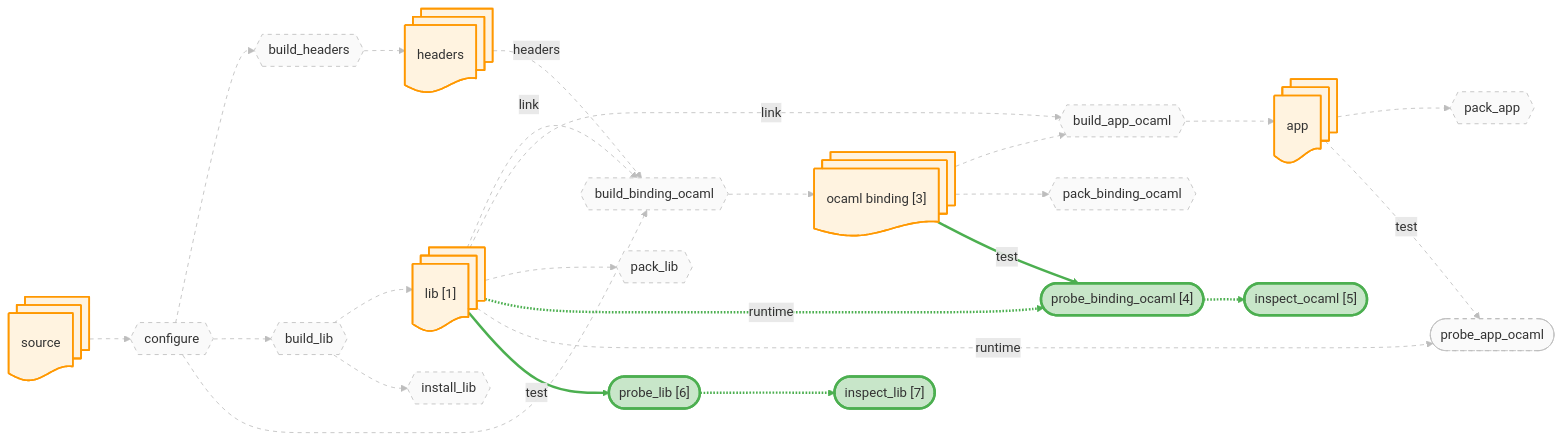
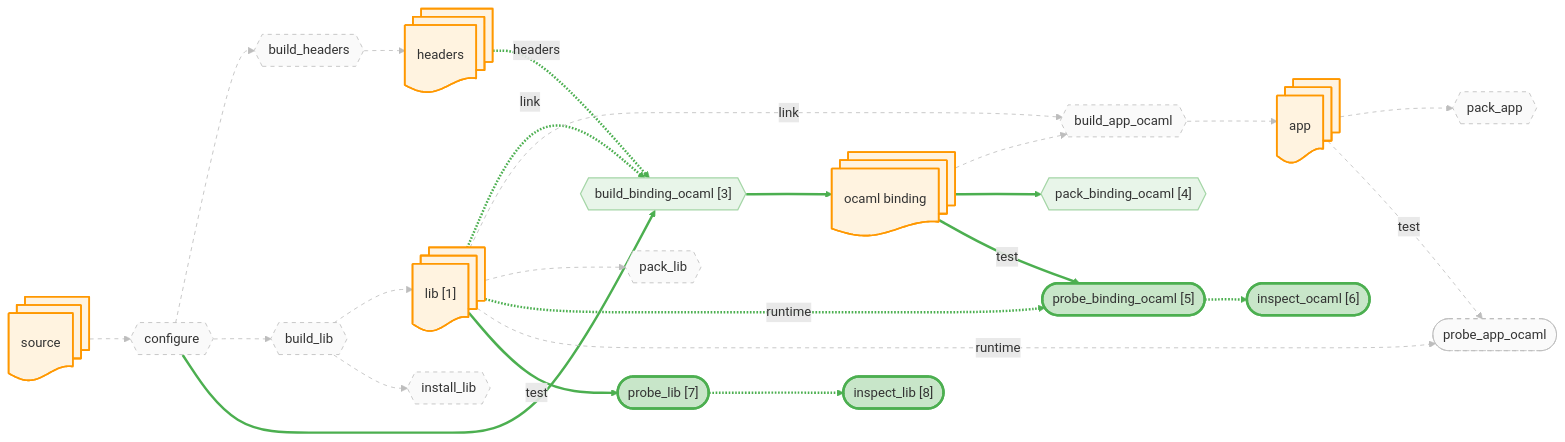
The diagram in docs/canary/projects/zarith/-run/diagrams/probes.mmd (JHU-PL-Lab/tola), drawn with Mermaid before and after one commit. The commit also changed 110 other files, not shown here.

```diff
--- a/docs/canary/projects/zarith/-run/diagrams/probes.mmd
+++ b/docs/canary/projects/zarith/-run/diagrams/probes.mmd
@@ -1,93 +1,93 @@
 %% view: probes
 graph LR
     source_node@{ shape: docs, label: "source" }
     headers_node@{ shape: docs, label: "headers" }
     lib_node@{ shape: docs, label: "lib [1]" }
     app_node@{ shape: docs, label: "app" }
-    ocaml_binding_node@{ shape: docs, label: "ocaml binding [3]" }
+    ocaml_binding_node@{ shape: docs, label: "ocaml binding" }
 
     A_configure{{"configure"}}
     A_build_headers{{"build_headers"}}
     A_build_lib{{"build_lib"}}
-    A_build_binding_ocaml{{"build_binding_ocaml"}}
+    A_build_binding_ocaml{{"build_binding_ocaml [3]"}}
     A_build_app_ocaml{{"build_app_ocaml"}}
     A_install_lib{{"install_lib"}}
-    A_pack_binding_ocaml{{"pack_binding_ocaml"}}
+    A_pack_binding_ocaml{{"pack_binding_ocaml [4]"}}
     A_pack_lib{{"pack_lib"}}
     A_pack_app{{"pack_app"}}
-    A_probe_binding_ocaml(["probe_binding_ocaml [4]"])
+    A_probe_binding_ocaml(["probe_binding_ocaml [5]"])
     A_probe_app_ocaml(["probe_app_ocaml"])
-    A_probe_lib(["probe_lib [6]"])
-    A_probe_lib_inspect(["inspect_lib [7]"])
-    A_probe_binding_ocaml_inspect(["inspect_ocaml [5]"])
+    A_probe_lib(["probe_lib [7]"])
+    A_probe_lib_inspect(["inspect_lib [8]"])
+    A_probe_binding_ocaml_inspect(["inspect_ocaml [6]"])
 
     source_node --> A_configure
     A_configure --> A_build_headers
     A_build_headers --> headers_node
     A_configure --> A_build_lib
     A_build_lib --> lib_node
     A_configure --> A_build_binding_ocaml
     headers_node -.->|headers| A_build_binding_ocaml
     lib_node -.->|link| A_build_binding_ocaml
     A_build_binding_ocaml --> ocaml_binding_node
     ocaml_binding_node --> A_build_app_ocaml
     lib_node -.->|link| A_build_app_ocaml
     A_build_app_ocaml --> app_node
     A_build_lib --> A_install_lib
     ocaml_binding_node --> A_pack_binding_ocaml
     lib_node --> A_pack_lib
     app_node --> A_pack_app
     ocaml_binding_node -->|test| A_probe_binding_ocaml
     lib_node -.->|runtime| A_probe_binding_ocaml
     app_node -->|test| A_probe_app_ocaml
     lib_node -.->|runtime| A_probe_app_ocaml
     lib_node -->|test| A_probe_lib
     A_probe_lib -.-> A_probe_lib_inspect
     A_probe_binding_ocaml -.-> A_probe_binding_ocaml_inspect
 
     classDef artifact fill:#fff3e0,stroke:#ff9800,stroke-width:2px
     classDef action fill:#f3e5f5,stroke:#9c27b0,stroke-width:2px
     classDef st_done fill:#c8e6c9,stroke:#4caf50,stroke-width:3px
     classDef st_done_ctx fill:#e8f5e9,stroke:#a5d6a7,stroke-width:1.5px
     classDef st_expected_fail fill:#fff9c4,stroke:#f9a825,stroke-width:2px
     classDef st_failed fill:#ffcdd2,stroke:#c62828,stroke-width:2px
     classDef st_skipped fill:#f5f5f5,stroke:#9e9e9e,stroke-dasharray:5
     classDef st_nospec fill:#fafafa,stroke:#bdbdbd,stroke-dasharray:5
     class source_node,headers_node,lib_node,app_node,ocaml_binding_node artifact
     class A_configure st_nospec
     class A_build_headers st_nospec
     class A_build_lib st_nospec
-    class A_build_binding_ocaml st_nospec
+    class A_build_binding_ocaml st_done_ctx
     class A_build_app_ocaml st_nospec
     class A_install_lib st_nospec
-    class A_pack_binding_ocaml st_nospec
+    class A_pack_binding_ocaml st_done_ctx
     class A_pack_lib st_nospec
     class A_pack_app st_nospec
     class A_probe_binding_ocaml st_done
     class A_probe_app_ocaml st_nospec
     class A_probe_lib st_done
     class A_probe_lib_inspect st_done
     class A_probe_binding_ocaml_inspect st_done
     linkStyle 0 stroke:#bdbdbd,stroke-width:1px,stroke-dasharray:5
     linkStyle 1 stroke:#bdbdbd,stroke-width:1px,stroke-dasharray:5
     linkStyle 2 stroke:#bdbdbd,stroke-width:1px,stroke-dasharray:5
     linkStyle 3 stroke:#bdbdbd,stroke-width:1px,stroke-dasharray:5
     linkStyle 4 stroke:#bdbdbd,stroke-width:1px,stroke-dasharray:5
-    linkStyle 5 stroke:#bdbdbd,stroke-width:1px,stroke-dasharray:5
-    linkStyle 6 stroke:#bdbdbd,stroke-width:1px,stroke-dasharray:5
-    linkStyle 7 stroke:#bdbdbd,stroke-width:1px,stroke-dasharray:5
-    linkStyle 8 stroke:#bdbdbd,stroke-width:1px,stroke-dasharray:5
+    linkStyle 5 stroke:#4caf50,stroke-width:3px
+    linkStyle 6 stroke:#4caf50,stroke-width:3px
+    linkStyle 7 stroke:#4caf50,stroke-width:3px
+    linkStyle 8 stroke:#4caf50,stroke-width:3px
     linkStyle 9 stroke:#bdbdbd,stroke-width:1px,stroke-dasharray:5
     linkStyle 10 stroke:#bdbdbd,stroke-width:1px,stroke-dasharray:5
     linkStyle 11 stroke:#bdbdbd,stroke-width:1px,stroke-dasharray:5
     linkStyle 12 stroke:#bdbdbd,stroke-width:1px,stroke-dasharray:5
-    linkStyle 13 stroke:#bdbdbd,stroke-width:1px,stroke-dasharray:5
+    linkStyle 13 stroke:#4caf50,stroke-width:3px
     linkStyle 14 stroke:#bdbdbd,stroke-width:1px,stroke-dasharray:5
     linkStyle 15 stroke:#bdbdbd,stroke-width:1px,stroke-dasharray:5
     linkStyle 16 stroke:#4caf50,stroke-width:3px
     linkStyle 17 stroke:#4caf50,stroke-width:3px
     linkStyle 18 stroke:#bdbdbd,stroke-width:1px,stroke-dasharray:5
     linkStyle 19 stroke:#bdbdbd,stroke-width:1px,stroke-dasharray:5
     linkStyle 20 stroke:#4caf50,stroke-width:3px
     linkStyle 21 stroke:#4caf50,stroke-width:3px
     linkStyle 22 stroke:#4caf50,stroke-width:3px
```
